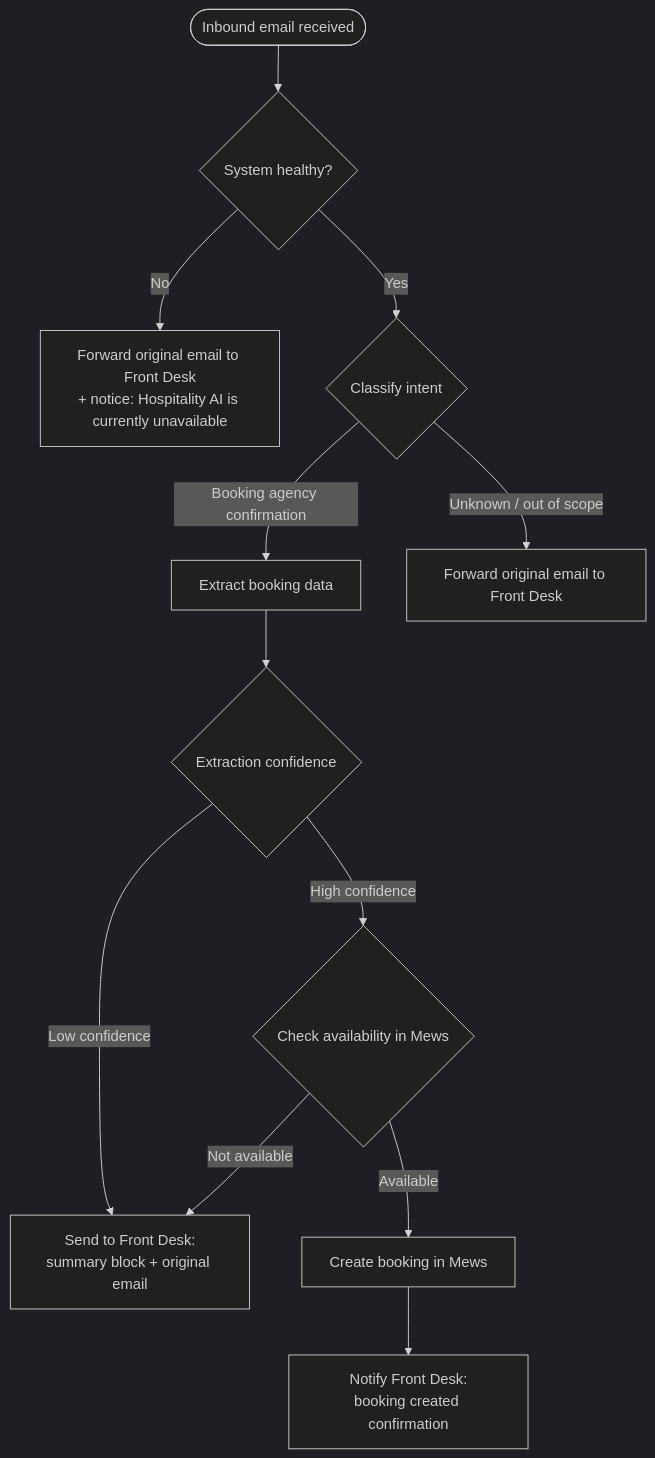
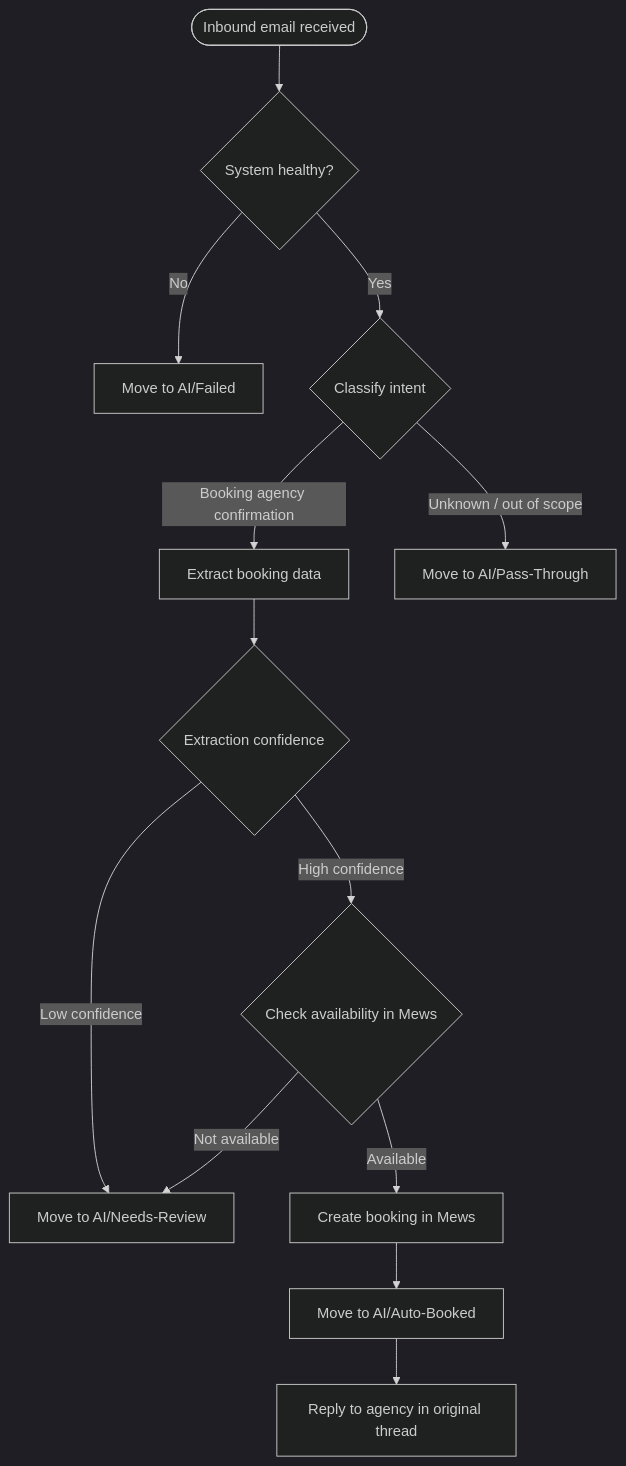
One commit to torelain/hospitalityai changed the second of 2 diagrams in docs/domain/solution/mvp/flows.md. Above: the diagram before and after it, drawn with Mermaid (dark theme). The commit also changed other lines of this file and 5 other files, not shown here.

````diff
--- a/docs/domain/solution/mvp/flows.md
+++ b/docs/domain/solution/mvp/flows.md
@@ -17,19 +39,20 @@
 ```mermaid
 flowchart TD
     A([Inbound email received]) --> SYS{System healthy?}
-    SYS --> |No| FAIL[Forward original email to Front Desk\n+ notice: Hospitality AI is currently unavailable]
+    SYS --> |No| FAIL[Move to AI/Failed]
     SYS --> |Yes| B{Classify intent}
 
     B --> |Booking agency confirmation| C[Extract booking data]
-    B --> |Unknown / out of scope| PASS[Forward original email to Front Desk]
+    B --> |Unknown / out of scope| PASS[Move to AI/Pass-Through]
 
     C --> D{Extraction confidence}
 
     D --> |High confidence| E{Check availability in Mews}
-    D --> |Low confidence| ASSIST[Send to Front Desk:\nsummary block + original email]
+    D --> |Low confidence| ASSIST[Move to AI/Needs-Review]
 
     E --> |Available| AUTO[Create booking in Mews]
     E --> |Not available| ASSIST
 
-    AUTO --> NOTIFY[Notify Front Desk:\nbooking created confirmation]
+    AUTO --> MOVED[Move to AI/Auto-Booked]
+    MOVED --> REPLY[Reply to agency in original thread]
 ```
````
